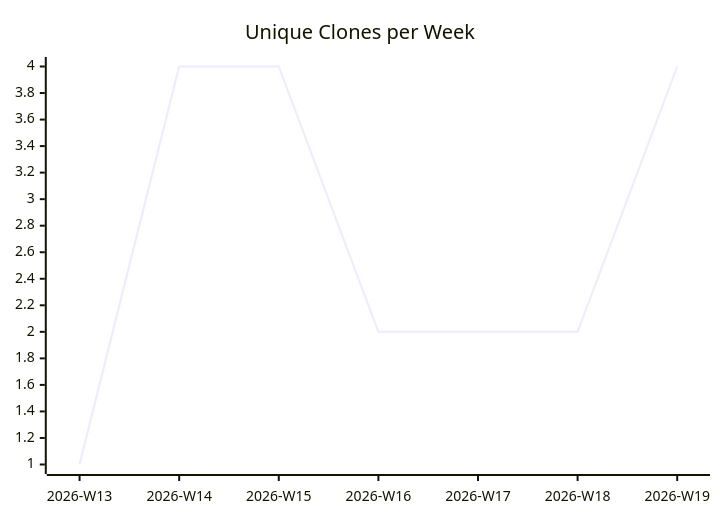
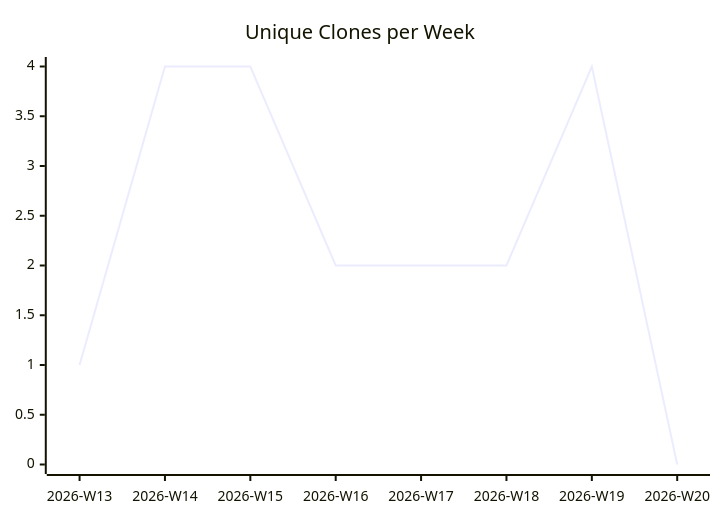
One commit to justdavis-family/github-analytics-data changed the third of 3 diagrams in karlmdavis/justdavis-puppet/README.md. Above: the diagram before and after it, drawn with Mermaid. The commit also changed other lines of this file and 176 other files, not shown here.

````diff
--- a/karlmdavis/justdavis-puppet/README.md
+++ b/karlmdavis/justdavis-puppet/README.md
@@ -19,6 +19,6 @@
 ```mermaid
 xychart-beta
   title "Unique Clones per Week"
-  x-axis ["2026-W13", "2026-W14", "2026-W15", "2026-W16", "2026-W17", "2026-W18", "2026-W19"]
-  line [1, 4, 4, 2, 2, 2, 4]
+  x-axis ["2026-W13", "2026-W14", "2026-W15", "2026-W16", "2026-W17", "2026-W18", "2026-W19", "2026-W20"]
+  line [1, 4, 4, 2, 2, 2, 4, 0]
 ```
````
